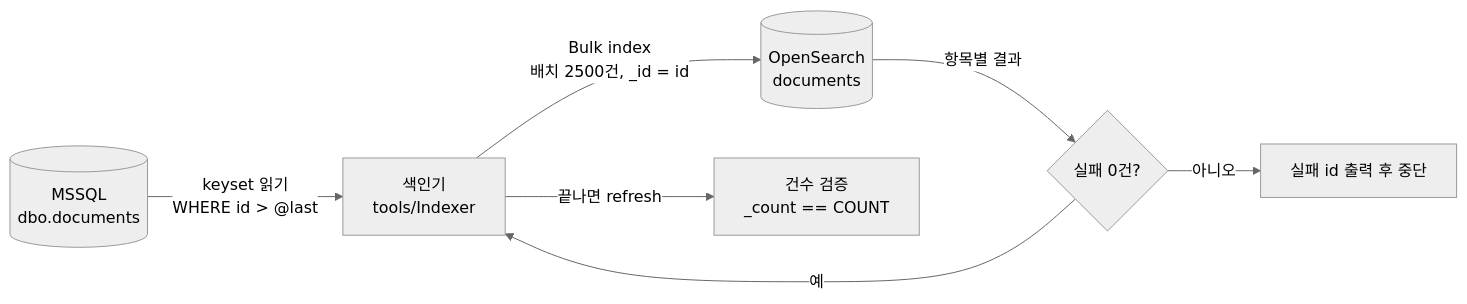
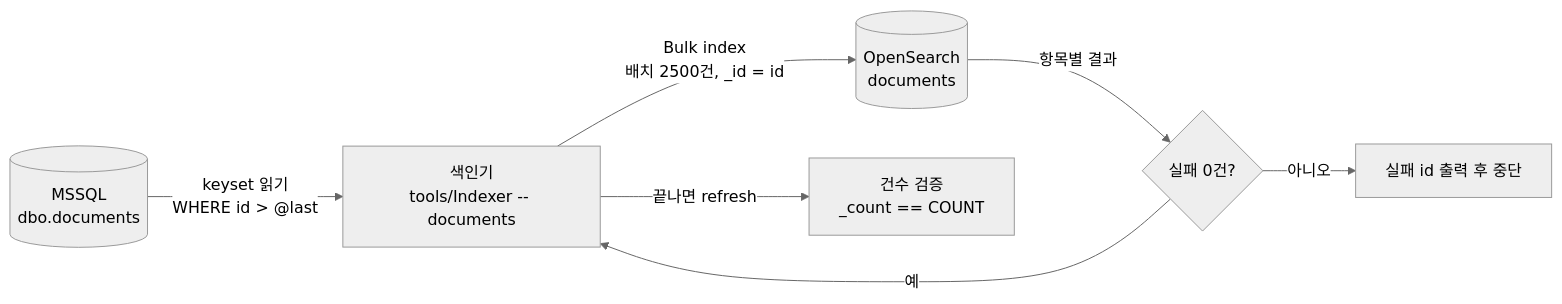
One commit to MNlightt/korean-search-api changed the first of 3 diagrams in README.md. Above: the diagram before and after it, drawn with Mermaid (neutral theme). The commit also changed other lines of this file and 2 other files, not shown here.

````diff
--- a/README.md
+++ b/README.md
@@ -79,9 +79,9 @@
 ```mermaid
 flowchart LR
-    A[(MSSQL<br/>dbo.documents)] -->|keyset 읽기<br/>WHERE id > @last| B[색인기<br/>tools/Indexer]
+    A[(MSSQL<br/>dbo.documents)] -->|keyset 읽기<br/>WHERE id > @last| B[색인기<br/>tools/Indexer -- documents]
     B -->|Bulk index<br/>배치 2500건, _id = id| C[(OpenSearch<br/>documents)]
     C -->|항목별 결과| D{실패 0건?}
     D -- 아니오 --> E[실패 id 출력 후 중단]
     D -- 예 --> B
     B -->|끝나면 refresh| F[건수 검증<br/>_count == COUNT]
 ```
````
